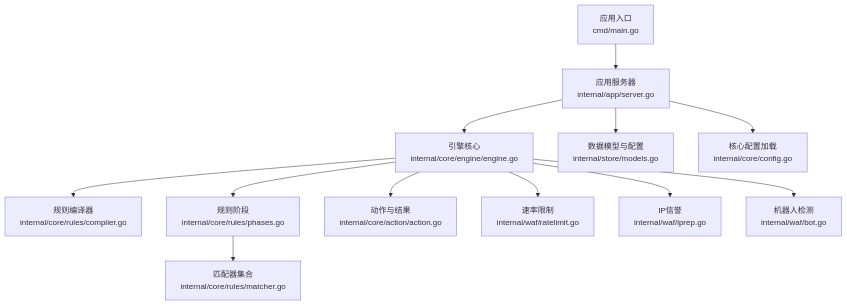
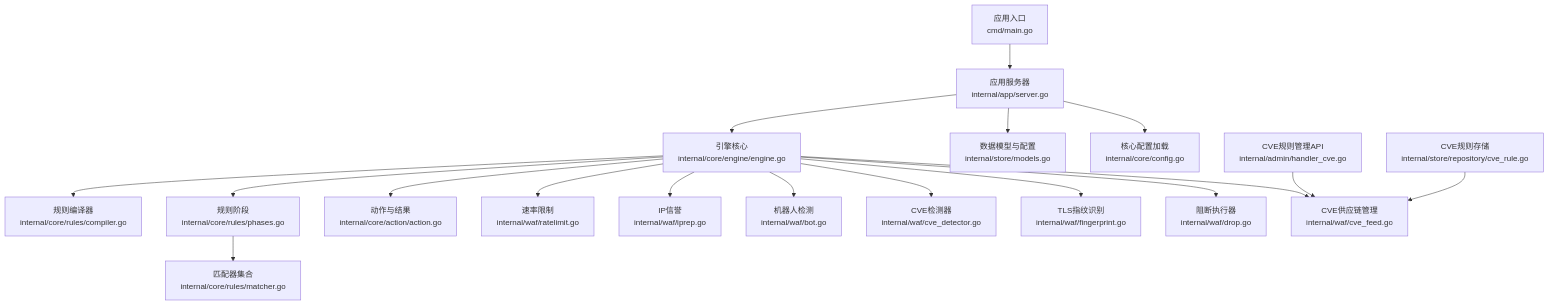
The first of 11 diagrams in docs/WAF 引擎系统/WAF 引擎系统.md (x01n/My-OpenWaf), drawn with Mermaid before and after one commit. The commit also changed other lines of this file and 51 other files, not shown here.

````diff
--- a/docs/WAF 引擎系统/WAF 引擎系统.md
+++ b/docs/WAF 引擎系统/WAF 引擎系统.md
@@ -46,14 +69,20 @@
 ```mermaid
 graph TB
 A["应用入口<br/>cmd/main.go"] --> B["应用服务器<br/>internal/app/server.go"]
 B --> C["引擎核心<br/>internal/core/engine/engine.go"]
 C --> D["规则编译器<br/>internal/core/rules/compiler.go"]
 C --> E["规则阶段<br/>internal/core/rules/phases.go"]
 E --> F["匹配器集合<br/>internal/core/rules/matcher.go"]
 C --> G["动作与结果<br/>internal/core/action/action.go"]
 C --> H["速率限制<br/>internal/waf/ratelimit.go"]
 C --> I["IP信誉<br/>internal/waf/iprep.go"]
 C --> J["机器人检测<br/>internal/waf/bot.go"]
-B --> K["数据模型与配置<br/>internal/store/models.go"]
-B --> L["核心配置加载<br/>internal/core/config.go"]
+C --> K["CVE检测器<br/>internal/waf/cve_detector.go"]
+C --> L["TLS指纹识别<br/>internal/waf/fingerprint.go"]
+C --> M["阻断执行器<br/>internal/waf/drop.go"]
+C --> N["CVE供应链管理<br/>internal/waf/cve_feed.go"]
+B --> O["数据模型与配置<br/>internal/store/models.go"]
+B --> P["核心配置加载<br/>internal/core/config.go"]
+Q["CVE规则管理API<br/>internal/admin/handler_cve.go"] --> N
+R["CVE规则存储<br/>internal/store/repository/cve_rule.go"] --> N
 ```
````
